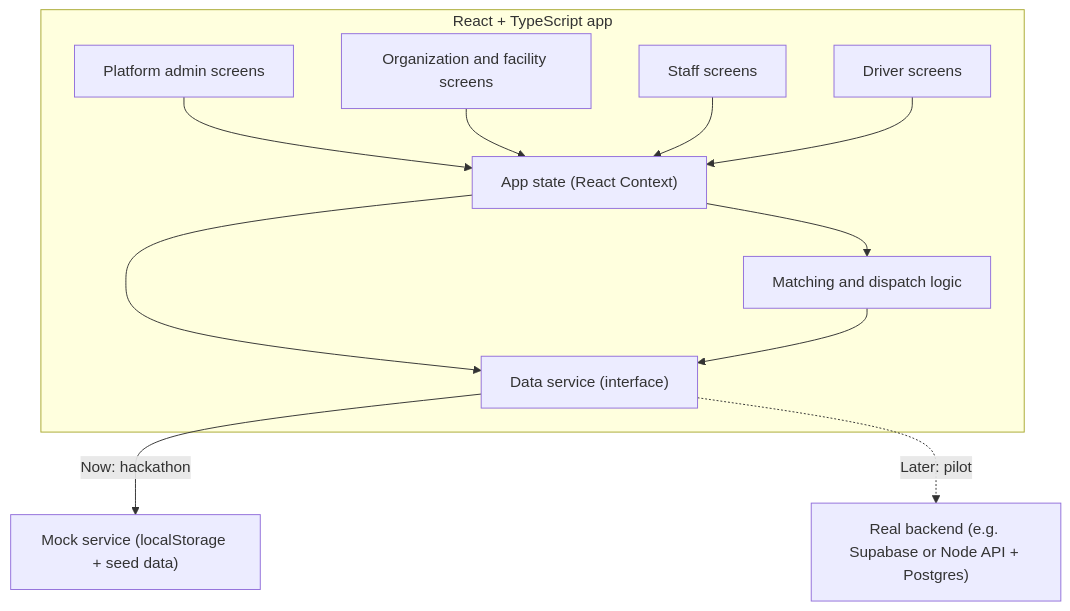
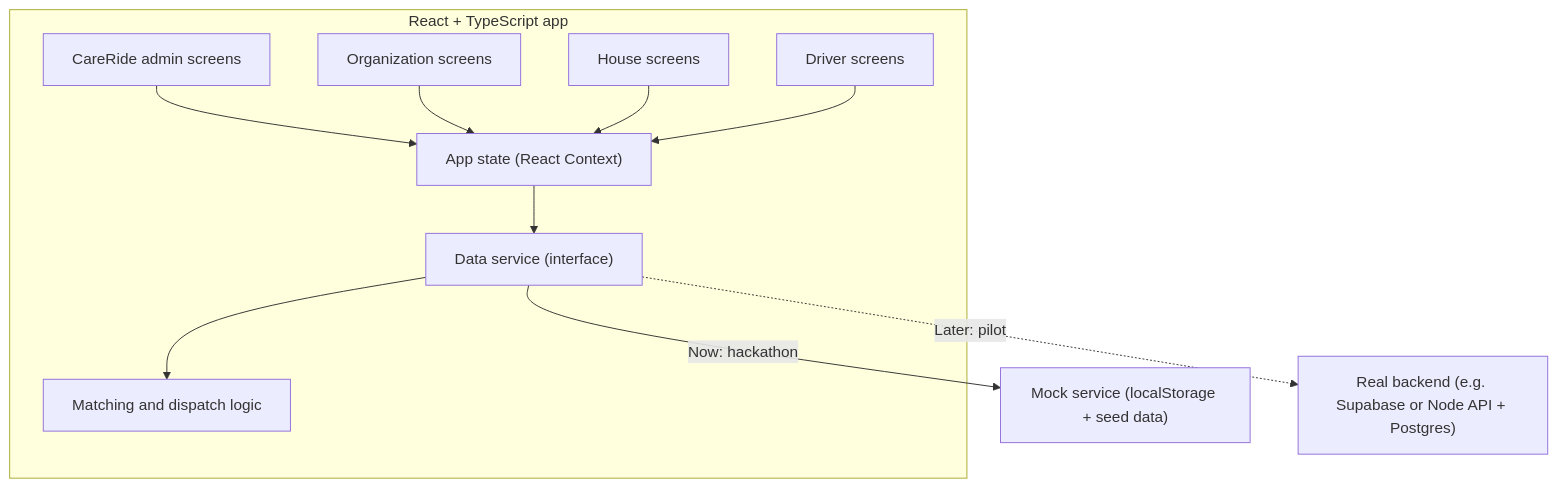
The third of 3 diagrams in PRODUCT_DESCRIPTION.md (FaithTechGlobalLabs/CareRide-Team-1), drawn with Mermaid before and after one commit. The commit also changed other lines of this file and 68 other files, not shown here.

````diff
--- a/PRODUCT_DESCRIPTION.md
+++ b/PRODUCT_DESCRIPTION.md
@@ -175,23 +214,22 @@
 ```mermaid
 flowchart TD
     subgraph Browser["React + TypeScript app"]
-        Admin["Platform admin screens"]
-        OrgUI["Organization and facility screens"]
-        Staff["Staff screens"]
+        Admin["CareRide admin screens"]
+        OrgUI["Organization screens"]
+        House["House screens"]
         Driver["Driver screens"]
         Store["App state (React Context)"]
         Logic["Matching and dispatch logic"]
         Service["Data service (interface)"]
     end
 
     Admin --> Store
     OrgUI --> Store
-    Staff --> Store
+    House --> Store
     Driver --> Store
-    Store --> Logic
     Store --> Service
-    Logic --> Service
+    Service --> Logic
 
     Service -->|"Now: hackathon"| Local["Mock service (localStorage + seed data)"]
     Service -.->|"Later: pilot"| API["Real backend (e.g. Supabase or Node API + Postgres)"]
 ```
````
